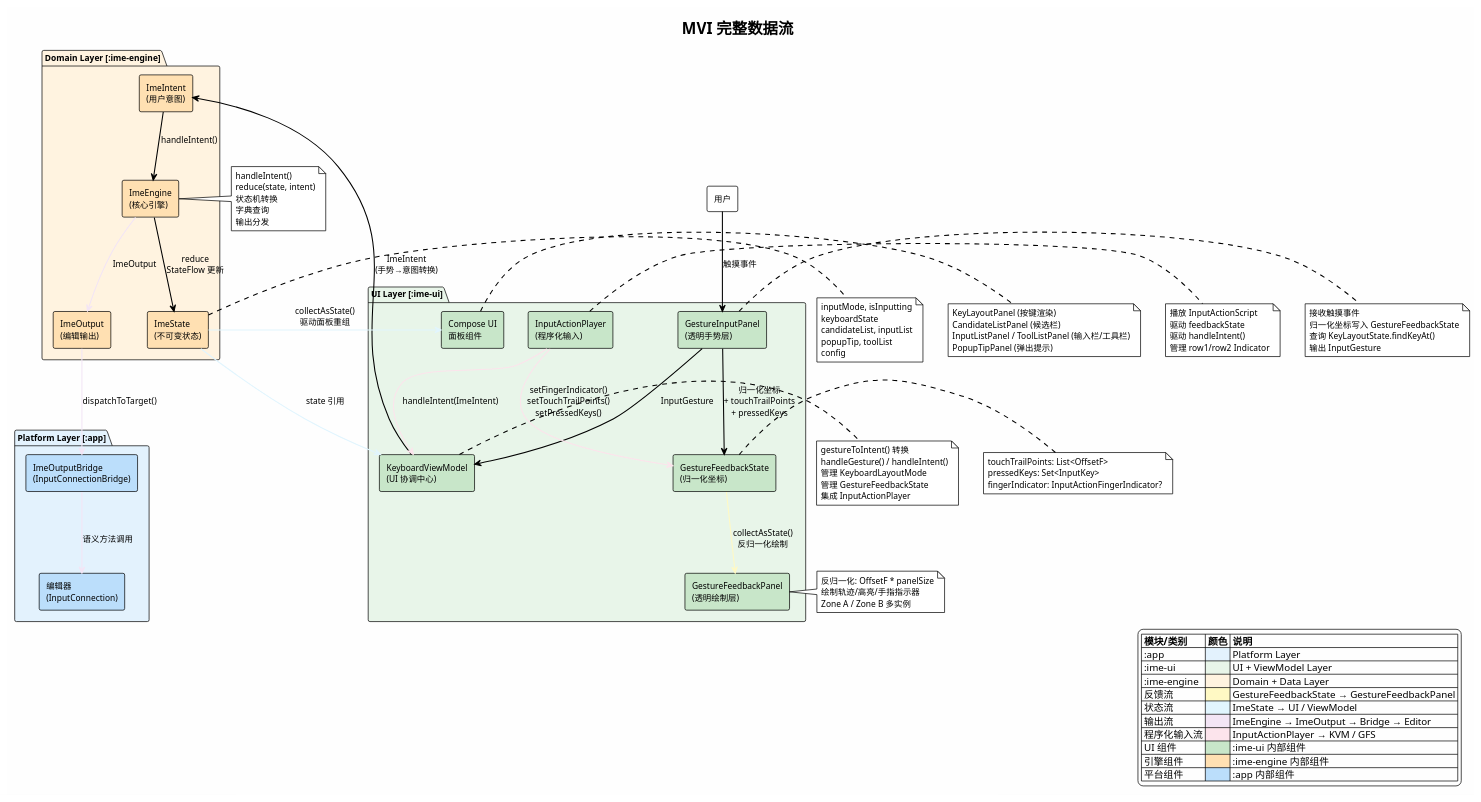
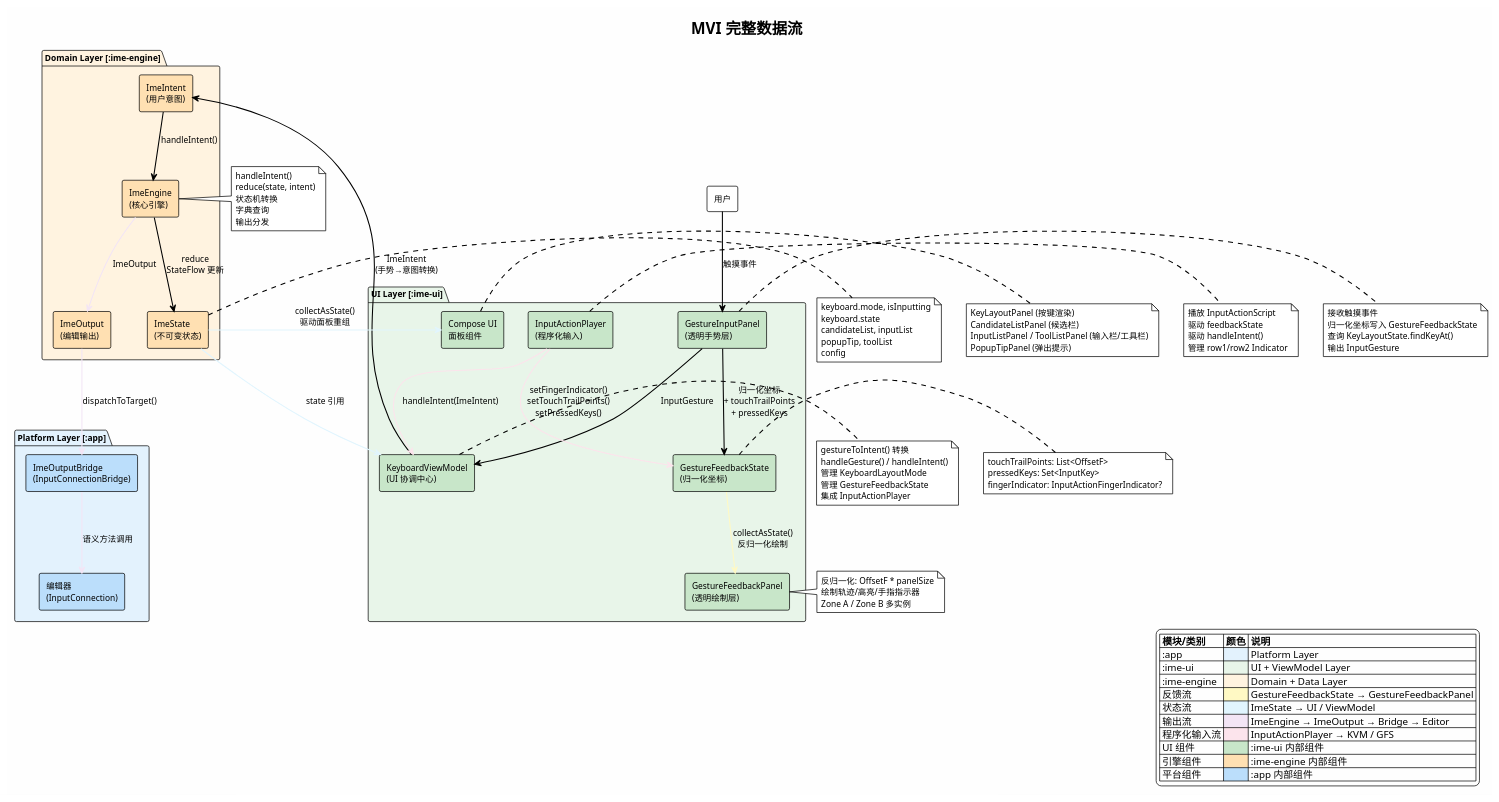
Before and after one commit to crazydan-studio/kuaizi-ime-android: the diagram in docs/ai-agent/v4/design/diagrams/mvi-data-flow.puml, drawn with PlantUML. The commit also changed 16 other files, not shown here.

Commit message:
refactor: 定义 KeyboardIntentHandler 替换 sealed class Keyboard，将 KeyboardType/InputMode/State 绑定到 Keyboard data class，更新 ImeState 和所有相关文档

```diff
--- a/docs/ai-agent/v4/design/diagrams/mvi-data-flow.puml
+++ b/docs/ai-agent/v4/design/diagrams/mvi-data-flow.puml
@@ -1,130 +1,130 @@
 @startuml mvi-data-flow
 allowmixing
 !theme plain
 skinparam backgroundColor #FEFEFE
 skinparam defaultFontSize 12
 skinparam arrowThickness 1.5
 
 title MVI 完整数据流
 
 legend right
   |= 模块/类别 |= 颜色 |= 说明 |
   | :app | <#E3F2FD> | Platform Layer |
   | :ime-ui | <#E8F5E9> | UI + ViewModel Layer |
   | :ime-engine | <#FFF3E0> | Domain + Data Layer |
   | 反馈流 | <#FFF9C4> | GestureFeedbackState → GestureFeedbackPanel |
   | 状态流 | <#E1F5FE> | ImeState → UI / ViewModel |
   | 输出流 | <#F3E5F5> | ImeEngine → ImeOutput → Bridge → Editor |
   | 程序化输入流 | <#FCE4EC> | InputActionPlayer → KVM / GFS |
   | UI 组件 | <#C8E6C9> | :ime-ui 内部组件 |
   | 引擎组件 | <#FFE0B2> | :ime-engine 内部组件 |
   | 平台组件 | <#BBDEFB> | :app 内部组件 |
 endlegend
 
 ' ===== 用户手势输入流（主流程） =====
 
 rectangle "用户" as User #FFFFFF
 
 package "UI Layer [:ime-ui]" #E8F5E9 {
   rectangle "GestureInputPanel\n(透明手势层)" as GIP #C8E6C9
   rectangle "KeyboardViewModel\n(UI 协调中心)" as KVM #C8E6C9
   rectangle "GestureFeedbackState\n(归一化坐标)" as GFS #C8E6C9
   rectangle "GestureFeedbackPanel\n(透明绘制层)" as GFP #C8E6C9
   rectangle "Compose UI\n面板组件" as UI #C8E6C9
   rectangle "InputActionPlayer\n(程序化输入)" as IAP #C8E6C9
 }
 
 package "Domain Layer [:ime-engine]" #FFF3E0 {
   rectangle "ImeEngine\n(核心引擎)" as IE #FFE0B2
   rectangle "ImeIntent\n(用户意图)" as II #FFE0B2
   rectangle "ImeState\n(不可变状态)" as IS #FFE0B2
   rectangle "ImeOutput\n(编辑输出)" as IO #FFE0B2
 }
 
 package "Platform Layer [:app]" #E3F2FD {
   rectangle "ImeOutputBridge\n(InputConnectionBridge)" as Bridge #BBDEFB
   rectangle "编辑器\n(InputConnection)" as Editor #BBDEFB
 }
 
 ' ===== 用户手势输入流 =====
 User -down-> GIP : 触摸事件
 GIP -down-> GFS : 归一化坐标\n+ touchTrailPoints\n+ pressedKeys
 GIP -down-> KVM : InputGesture
 KVM -down-> II : ImeIntent\n(手势→意图转换)
 II -down-> IE : handleIntent()
 IE -down-> IS : reduce\nStateFlow 更新
 
 ' ===== 反馈流 =====
 GFS -[#FFF9C4]-> GFP : collectAsState()\n反归一化绘制
 
 ' ===== 状态流 =====
 IS -[#E1F5FE]-> UI : collectAsState()\n驱动面板重组
 IS -[#E1F5FE]-> KVM : state 引用
 
 ' ===== 输出流 =====
 IE -[#F3E5F5]-> IO : ImeOutput
 IO -[#F3E5F5]-> Bridge : dispatchToTarget()
 Bridge -[#F3E5F5]-> Editor : 语义方法调用
 
 ' ===== 程序化输入流 =====
 IAP -[#FCE4EC]-> KVM : handleIntent(ImeIntent)
 IAP -[#FCE4EC]-> GFS : setFingerIndicator()\nsetTouchTrailPoints()\nsetPressedKeys()
 
 note right of GIP
   接收触摸事件
   归一化坐标写入 GestureFeedbackState
   查询 KeyLayoutState.findKeyAt()
   输出 InputGesture
 end note
 
 note right of KVM
   gestureToIntent() 转换
   handleGesture() / handleIntent()
   管理 KeyboardLayoutMode
   管理 GestureFeedbackState
   集成 InputActionPlayer
 end note
 
 note right of GFS
   touchTrailPoints: List<OffsetF>
   pressedKeys: Set<InputKey>
   fingerIndicator: InputActionFingerIndicator?
 end note
 
 note right of GFP
   反归一化: OffsetF * panelSize
   绘制轨迹/高亮/手指指示器
   Zone A / Zone B 多实例
 end note
 
 note right of UI
   KeyLayoutPanel (按键渲染)
   CandidateListPanel (候选栏)
   InputListPanel / ToolListPanel (输入栏/工具栏)
   PopupTipPanel (弹出提示)
 end note
 
 note right of IAP
   播放 InputActionScript
   驱动 feedbackState
   驱动 handleIntent()
   管理 row1/row2 Indicator
 end note
 
 note right of IE
   handleIntent()
   reduce(state, intent)
   状态机转换
   字典查询
   输出分发
 end note
 
 note right of IS
-  inputMode, isInputting
-  keyboardState
+  keyboard.mode, isInputting
+  keyboard.state
   candidateList, inputList
   popupTip, toolList
   config
 end note
 
 @enduml
```
